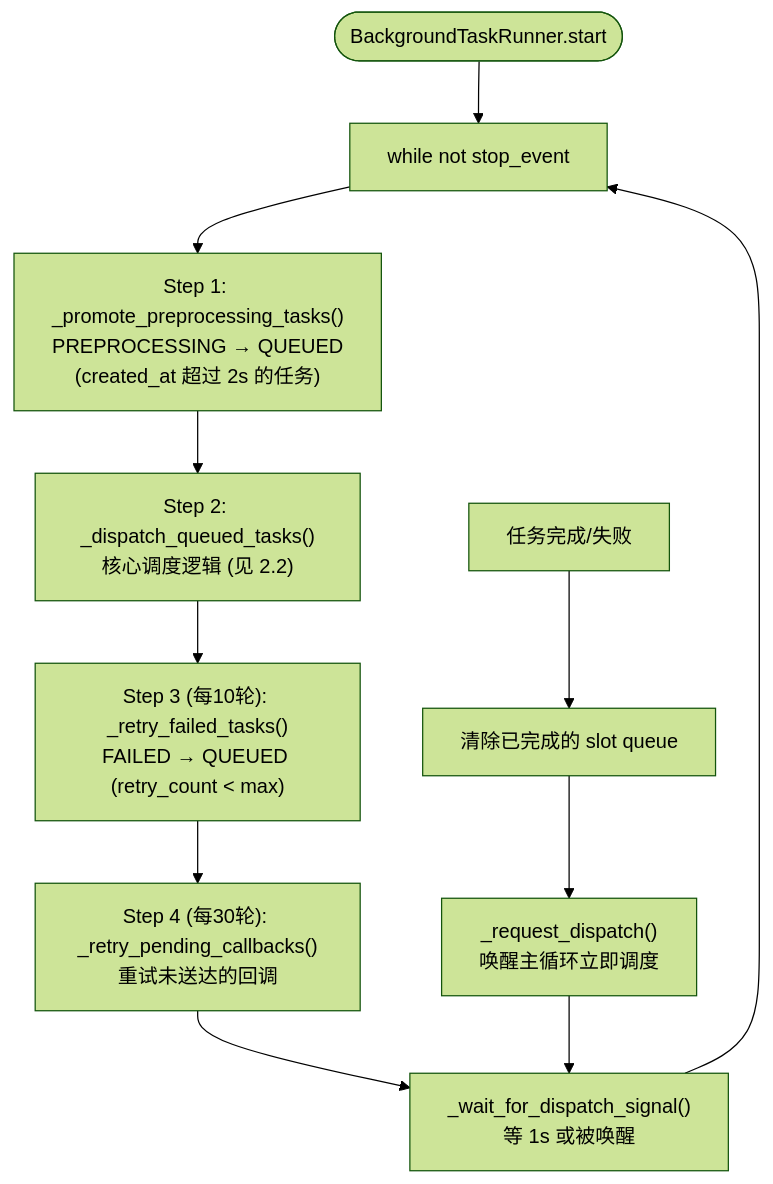
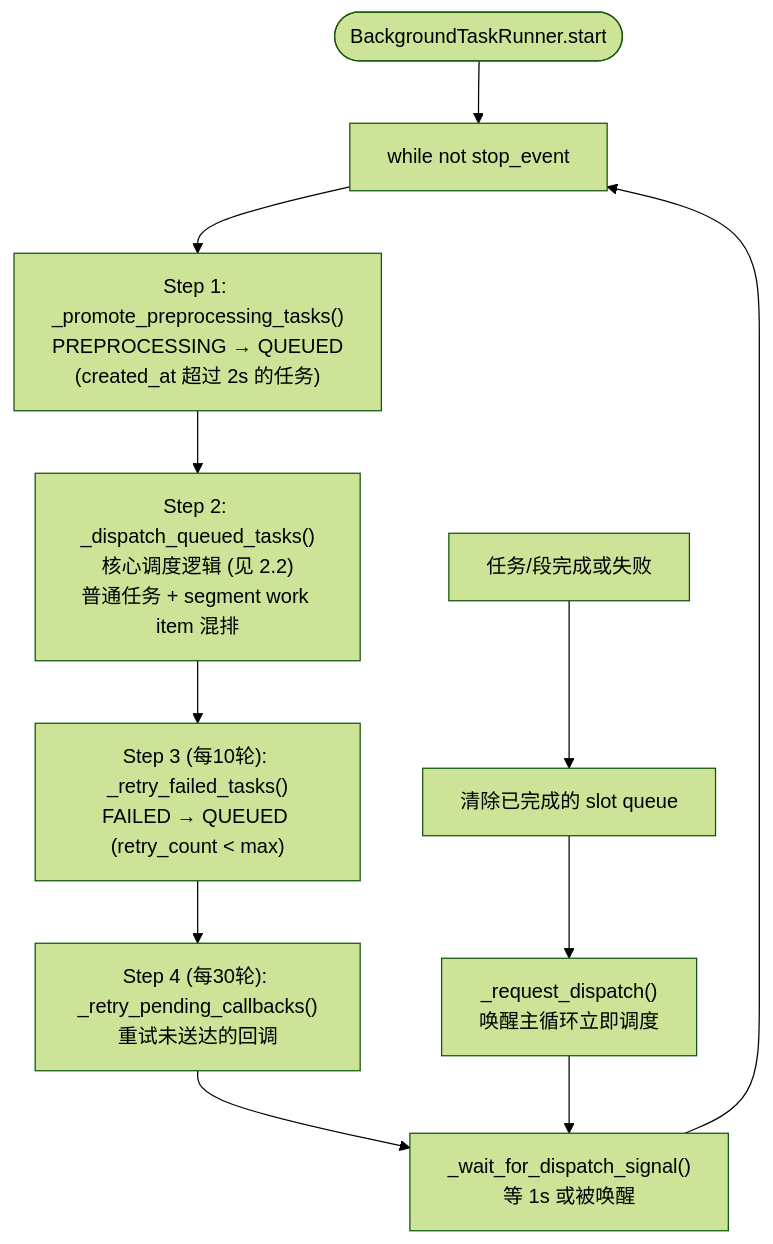
One commit to wangminle/funasr-task-manager changed the fourth of 10 diagrams in 2-design/benchmark-and-scheduling-flow-20260415.md. Above: the diagram before and after it, drawn with Mermaid (forest theme). The commit also changed other lines of this file and 18 other files, not shown here.

````diff
--- a/2-design/benchmark-and-scheduling-flow-20260415.md
+++ b/2-design/benchmark-and-scheduling-flow-20260415.md
@@ -144,14 +144,14 @@
 ```mermaid
 flowchart TD
     START([BackgroundTaskRunner.start]) --> LOOP["while not stop_event"]
     LOOP --> PROMO["Step 1: _promote_preprocessing_tasks()<br/>PREPROCESSING → QUEUED<br/>(created_at 超过 2s 的任务)"]
-    PROMO --> DISPATCH["Step 2: _dispatch_queued_tasks()<br/>核心调度逻辑 (见 2.2)"]
+    PROMO --> DISPATCH["Step 2: _dispatch_queued_tasks()<br/>核心调度逻辑 (见 2.2)<br/>普通任务 + segment work item 混排"]
     DISPATCH --> RETRY["Step 3 (每10轮): _retry_failed_tasks()<br/>FAILED → QUEUED (retry_count < max)"]
     RETRY --> CALLBACK["Step 4 (每30轮): _retry_pending_callbacks()<br/>重试未送达的回调"]
     CALLBACK --> WAIT["_wait_for_dispatch_signal()<br/>等 1s 或被唤醒"]
     WAIT --> LOOP
 
-    TASK_DONE["任务完成/失败"] --> CLEAR["清除已完成的 slot queue"]
+    TASK_DONE["任务/段完成或失败"] --> CLEAR["清除已完成的 slot queue"]
     CLEAR --> REQ["_request_dispatch()<br/>唤醒主循环立即调度"]
     REQ --> WAIT
 ```
````
